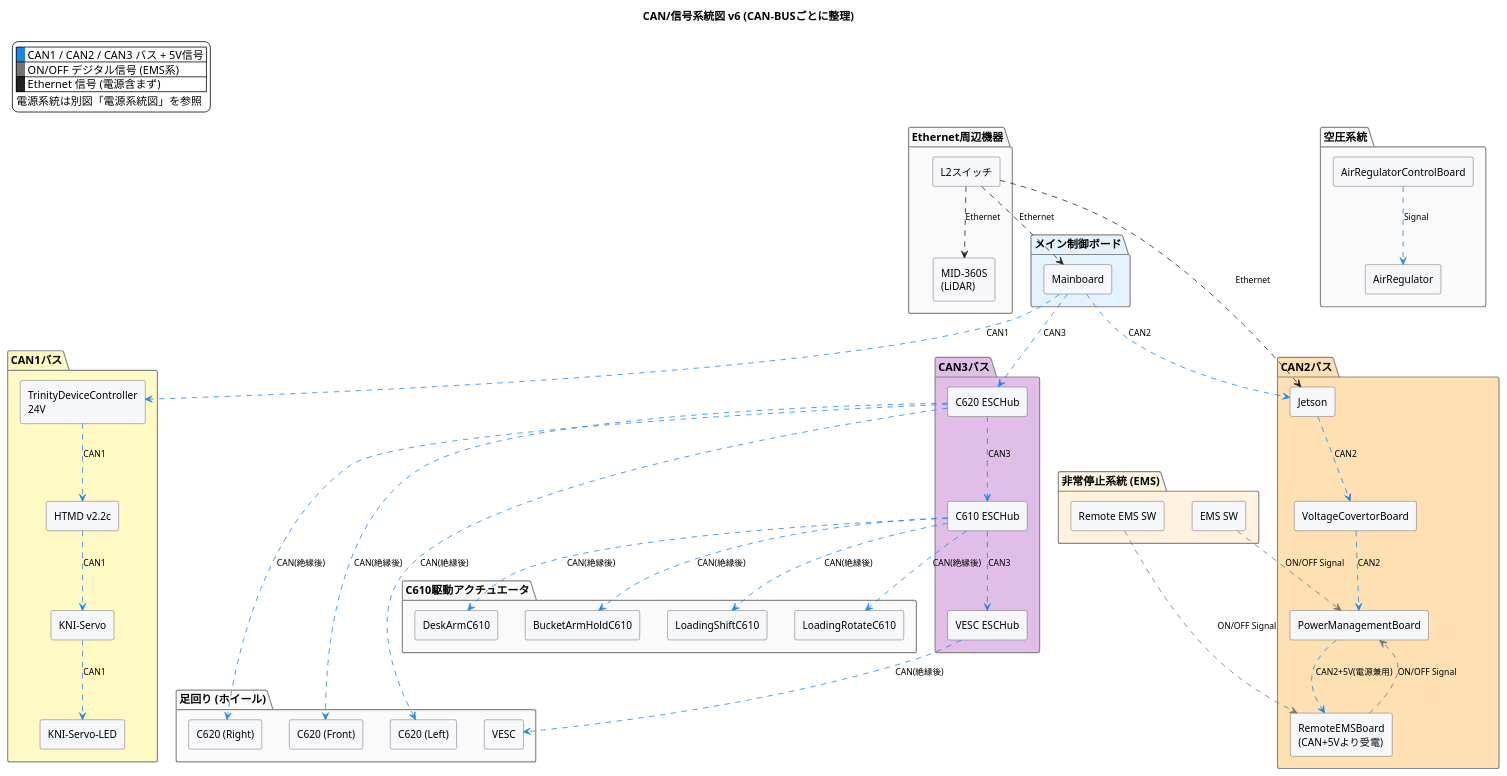
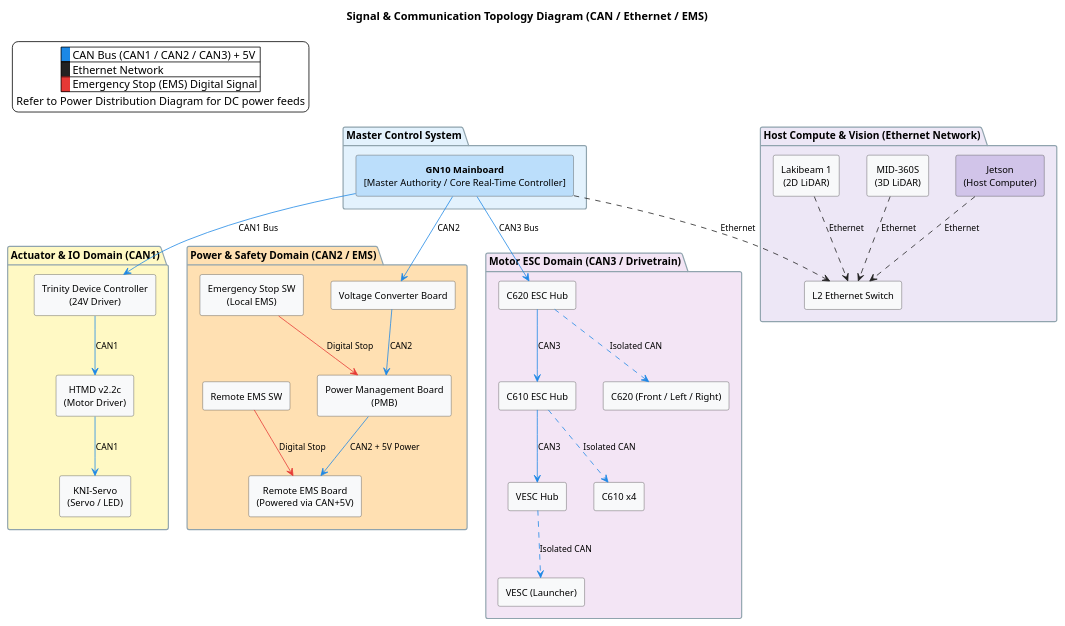
Before and after one commit to tmcit-ararobo-2026a/system-design: the diagram in wireing/logic_wireing_diagram.pu, drawn with PlantUML. The commit also changed 10 other files, not shown here.

Commit message:
docs: update Signal Wireing

```diff
--- a/wireing/logic_wireing_diagram.pu
+++ b/wireing/logic_wireing_diagram.pu
@@ -1,116 +1,101 @@
-@startuml PowerWiringDiagram_v6_Signal
+@startuml logic wireing diagram
 
-title CAN/信号系統図 v6 (CAN-BUSごとに整理)
+title Signal & Communication Topology Diagram (CAN / Ethernet / EMS)
 
 skinparam componentStyle rectangle
 skinparam backgroundColor #FFFFFF
-skinparam component {
-  BackgroundColor #F5F7FA
-  BorderColor #444444
-  FontSize 13
-}
-skinparam package {
-  BackgroundColor #FAFAFA
-  BorderColor #888888
-  FontSize 14
-  FontStyle bold
-}
-skinparam ArrowFontSize 11
+skinparam defaultTextAlignment center
 skinparam shadowing false
 scale max 4960*3508
 
+skinparam component {
+  BackgroundColor #F8F9FA
+  BorderColor #444444
+  FontSize 12
+}
+
+skinparam package {
+  BackgroundColor #FAFAFA
+  BorderColor #90A4AE
+  FontSize 13
+  FontStyle bold
+}
+
+skinparam ArrowFontSize 11
+
 legend top left
-  |<back:#1E88E5>   </back> CAN1 / CAN2 / CAN3 バス + 5V信号 |
-  |<back:#757575>   </back> ON/OFF デジタル信号 (EMS系) |
-  |<back:#212121>   </back> Ethernet 信号 (電源含まず) |
-  電源系統は別図「電源系統図」を参照
+  |<back:#1E88E5>   </back> CAN Bus (CAN1 / CAN2 / CAN3) + 5V |
+  |<back:#212121>   </back> Ethernet Network |
+  |<back:#E53935>   </back> Emergency Stop (EMS) Digital Signal |
+  Refer to Power Distribution Diagram for DC power feeds
 endlegend
 
-package "メイン制御ボード" #E3F2FD {
-  component Mainboard
+' --- Master Controller Layer (Top Authority) ---
+package "Master Control System" #E3F2FD {
+  component "**GN10 Mainboard**\n[Master Authority / Core Real-Time Controller]" as Mainboard #BBDEFB
 }
 
-package "CAN1バス" #FFF9C4 {
-  component "TrinityDeviceController\n24V" as Trinity24V
-  component "HTMD v2.2c" as HTMD
-  component "KNI-Servo" as KNI_Servo
-  component "KNI-Servo-LED" as KNI_LED
+' --- High-Level Compute & Sensors ---
+package "Host Compute & Vision (Ethernet Network)" #EDE7F6 {
+  component "Jetson\n(Host Computer)" as Jetson #D1C4E9
+  component "L2 Ethernet Switch" as L2SW
+  component "MID-360S\n(3D LiDAR)" as MID360S
+  component "Lakibeam 1\n(2D LiDAR)" as Lakibeam1
 }
 
-Mainboard .[#1E88E5].> Trinity24V : CAN1
-Trinity24V .[#1E88E5].> HTMD : CAN1
-HTMD .[#1E88E5].> KNI_Servo : CAN1
-KNI_Servo .[#1E88E5].> KNI_LED : CAN1
-
-package "CAN2バス" #FFE0B2 {
-  component "PowerManagementBoard" as PMB
-  component Jetson
-  component "VoltageCovertorBoard" as VConv
-  component "RemoteEMSBoard\n(CAN+5Vより受電)" as RemoteEMSBoard
+' --- Distributed CAN Subsystems ---
+package "Actuator & IO Domain (CAN1)" #FFF9C4 {
+  component "Trinity Device Controller\n(24V Driver)" as Trinity24V
+  component "HTMD v2.2c\n(Motor Driver)" as HTMD
+  component "KNI-Servo\n(Servo / LED)" as KNI_Servo
 }
 
-Mainboard .[#1E88E5].> Jetson : CAN2
-Jetson .[#1E88E5].> VConv : CAN2
-VConv .[#1E88E5].> PMB : CAN2
-PMB .[#1E88E5].> RemoteEMSBoard : CAN2+5V(電源兼用)
-
-package "CAN3バス" #E1BEE7 {
-  component "C620 ESCHub" as C620Hub
-  component "C610 ESCHub" as C610Hub
-  component "VESC ESCHub" as VESCHub
-}
-
-Mainboard .[#1E88E5].> C620Hub : CAN3
-C620Hub .[#1E88E5].> C610Hub : CAN3
-C610Hub .[#1E88E5].> VESCHub : CAN3
-
-package "非常停止系統 (EMS)" #FFF3E0 {
-  component "EMS SW" as EMS_SW
+package "Power & Safety Domain (CAN2 / EMS)" #FFE0B2 {
+  component "Power Management Board\n(PMB)" as PMB
+  component "Voltage Converter Board" as VConv
+  component "Remote EMS Board\n(Powered via CAN+5V)" as RemoteEMSBoard
+  component "Emergency Stop SW\n(Local EMS)" as EMS_SW
   component "Remote EMS SW" as RemoteEMS_SW
 }
 
-EMS_SW .[#757575].> PMB : ON/OFF Signal
-RemoteEMS_SW .[#757575].> RemoteEMSBoard : ON/OFF Signal
-RemoteEMSBoard .[#757575].> PMB : ON/OFF Signal
+package "Motor ESC Domain (CAN3 / Drivetrain)" #F3E5F5 {
+  component "C620 ESC Hub" as C620Hub
+  component "C610 ESC Hub" as C610Hub
+  component "VESC Hub" as VESCHub
 
-package "Ethernet周辺機器" {
-  component "MID-360S\n(LiDAR)" as MID360S
-  component "L2スイッチ" as L2SW
+  component "C620 (Front / Left / Right)" as C620_Group
+  component "C610 x4" as C610
+  component "VESC (Launcher)" as VESC
 }
 
-L2SW .[#212121].> Jetson : Ethernet
-L2SW .[#212121].> Mainboard : Ethernet
-L2SW .[#212121].> MID360S : Ethernet
+' --- Ethernet Topology ---
+Mainboard .[#212121].> L2SW : Ethernet
+Jetson .[#212121].> L2SW : Ethernet
+MID360S .[#212121].> L2SW : Ethernet
+Lakibeam1 .[#212121].> L2SW : Ethernet
 
-package "足回り (ホイール)" {
-  component VESC
-  component "C620 (Front)" as C620_F
-  component "C620 (Left)" as C620_L
-  component "C620 (Right)" as C620_R
-}
+' --- Master Control Routing: CAN1 ---
+Mainboard -[#1E88E5]-> Trinity24V : CAN1 Bus
+Trinity24V -[#1E88E5]-> HTMD : CAN1
+HTMD -[#1E88E5]-> KNI_Servo : CAN1
 
-C620Hub .[#1E88E5].> C620_F : CAN(絶縁後)
-C620Hub .[#1E88E5].> C620_L : CAN(絶縁後)
-C620Hub .[#1E88E5].> C620_R : CAN(絶縁後)
-VESCHub .[#1E88E5].> VESC : CAN(絶縁後)
+' --- Master Control Routing: CAN2 ---
+Mainboard -[#1E88E5]-> VConv : CAN2
+VConv -[#1E88E5]-> PMB : CAN2
+PMB -[#1E88E5]-> RemoteEMSBoard : CAN2 + 5V Power
 
-package "C610駆動アクチュエータ" {
-  component "BucketArmHoldC610" as BAH_C610
-  component "LoadingShiftC610" as LS_C610
-  component "LoadingRotateC610" as LR_C610
-  component "DeskArmC610" as DA_C610
-}
+' --- Master Control Routing: CAN3 ---
+Mainboard -[#1E88E5]-> C620Hub : CAN3 Bus
+C620Hub -[#1E88E5]-> C610Hub : CAN3
+C610Hub -[#1E88E5]-> VESCHub : CAN3
 
-C610Hub .[#1E88E5].> BAH_C610 : CAN(絶縁後)
-C610Hub .[#1E88E5].> LS_C610 : CAN(絶縁後)
-C610Hub .[#1E88E5].> LR_C610 : CAN(絶縁後)
-C610Hub .[#1E88E5].> DA_C610 : CAN(絶縁後)
+' --- Isolated Sub-tier ESC Control ---
+C620Hub .[#1E88E5].> C620_Group : Isolated CAN
+C610Hub .[#1E88E5].> C610 : Isolated CAN
+VESCHub .[#1E88E5].> VESC : Isolated CAN
 
-package "空圧系統" {
-  component "AirRegulatorControlBoard" as ARCB
-  component "AirRegulator" as AirReg
-}
-
-ARCB .[#1E88E5].> AirReg : Signal
+' --- Safety / EMS Signals ---
+EMS_SW -[#E53935]-> PMB : Digital Stop
+RemoteEMS_SW -[#E53935]-> RemoteEMSBoard : Digital Stop
 
 @enduml
```
